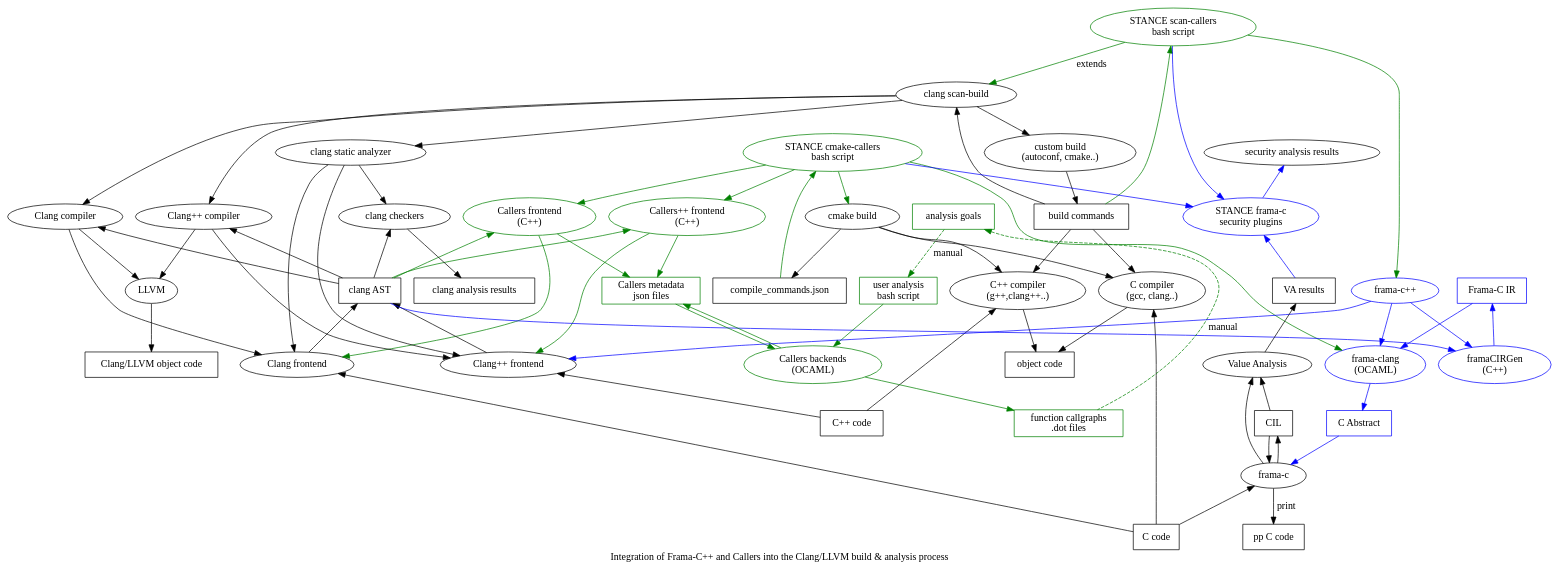
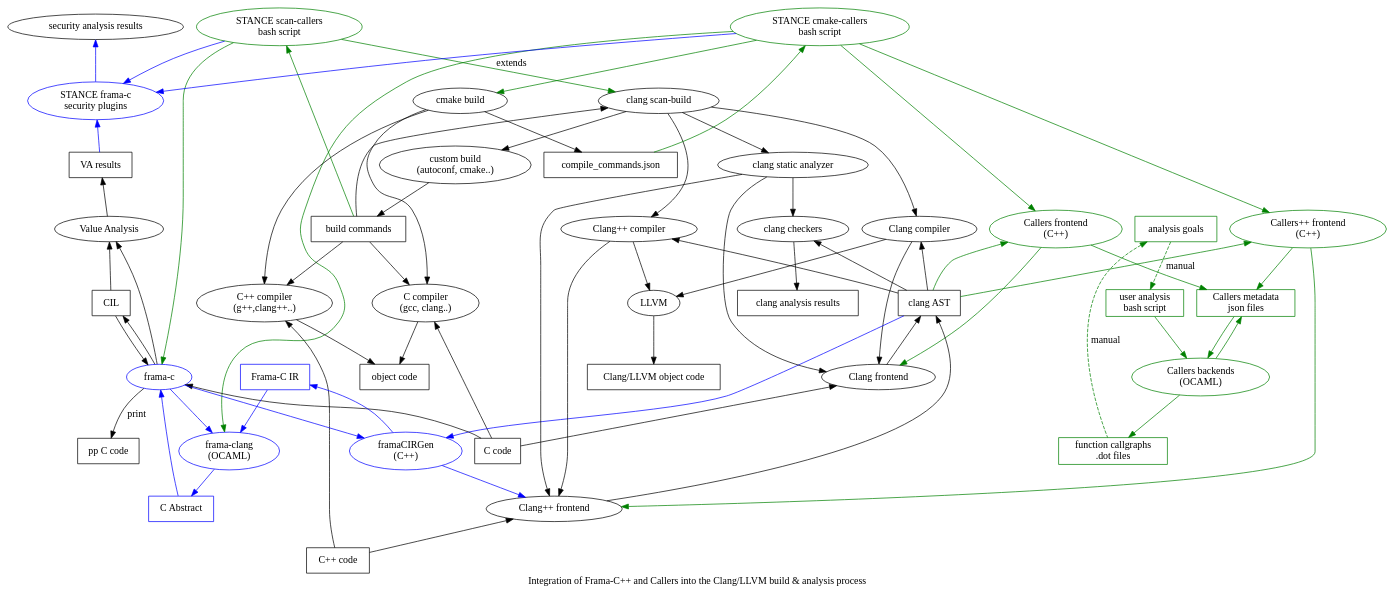
The first of 11 diagrams in doc/callers.org (hbalp/callers), drawn with Graphviz before and after one commit. The commit also changed other lines of this file, not shown here.

```diff
--- a/doc/callers.org
+++ b/doc/callers.org
@@ -171,11 +171,11 @@
 "callers backends" -> "function callgraphs" [ color=green ]
 
 // frama-c++
-"scan-callers" -> "frama-c++" [ color=green ]
-"frama-c++" [ label="frama-c++", color=blue ]
-"frama-c++" -> "clang++ frontend" [ color=blue ]
-"frama-c++" -> "framaCIRGen" [ color=blue ]
-"frama-c++" -> "frama-clang" [ color=blue ]
+"scan-callers" -> "frama-c" [ color=green ]
+"frama-c" [ label="frama-c", color=blue ]
+"framaCIRGen" -> "clang++ frontend" [ color=blue ]
+"frama-c" -> "framaCIRGen" [ color=blue ]
+"frama-c" -> "frama-clang" [ color=blue ]
 
 // frama-clang analysis
 //"scan-callers" -> "frama-clang"
```
